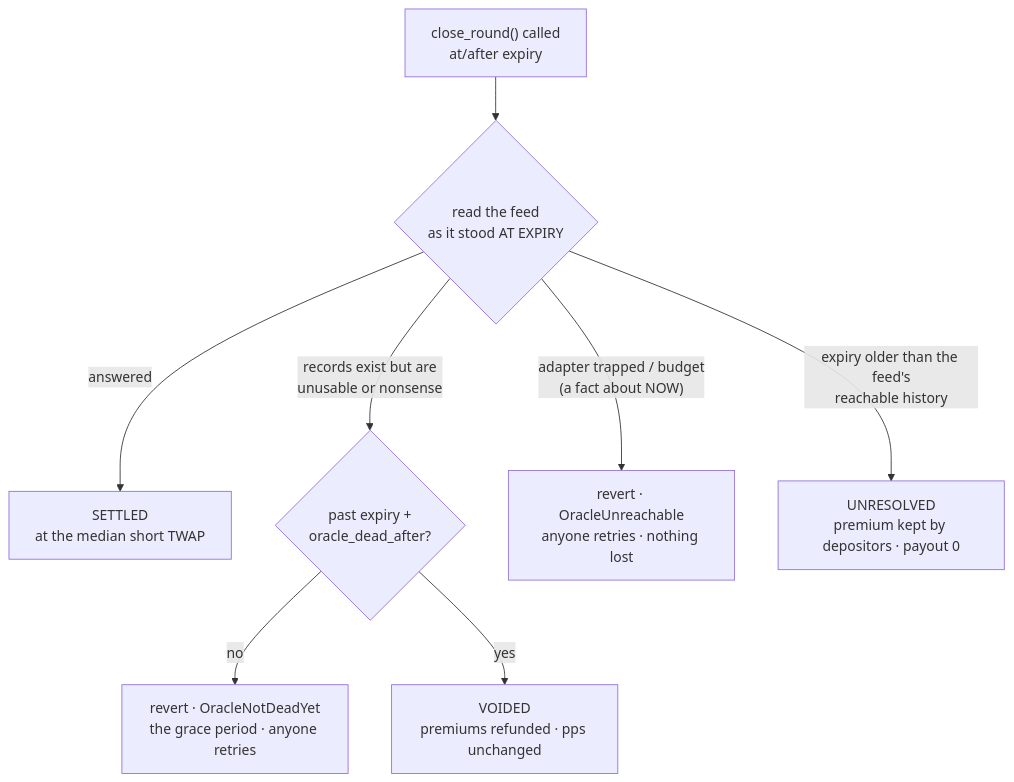
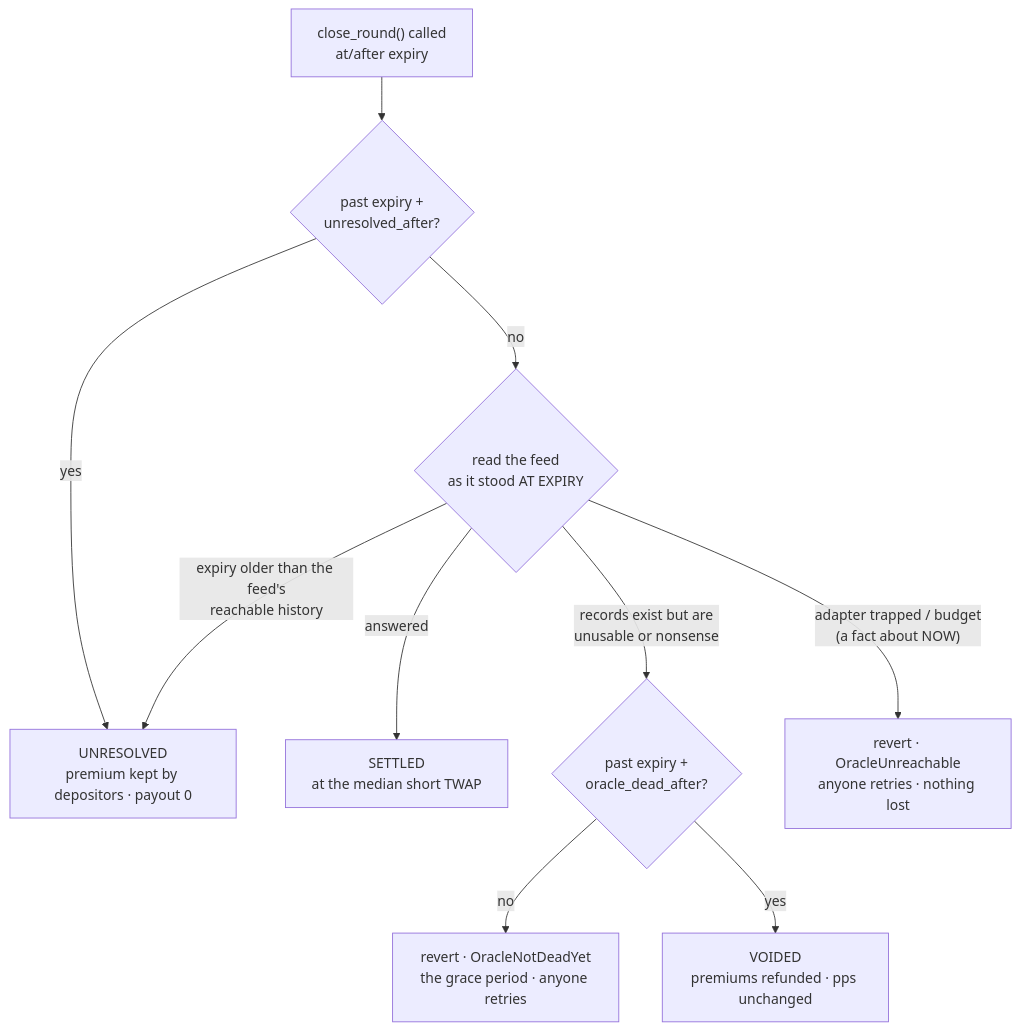
Before and after one commit to tamerrarda/Antares: the second of 2 diagrams in docs/ARCHITECTURE.md, drawn with Mermaid. The commit also changed other lines of this file and 6 other files, not shown here.

````diff
--- a/docs/ARCHITECTURE.md
+++ b/docs/ARCHITECTURE.md
@@ -263,10 +265,12 @@
 ```mermaid
 flowchart TD
-    A["close_round() called<br/>at/after expiry"] --> B{"read the feed<br/>as it stood AT EXPIRY"}
+    A["close_round() called<br/>at/after expiry"] --> T{"past expiry +<br/>unresolved_after?"}
+    T -- yes --> J["UNRESOLVED<br/>premium kept by depositors · payout 0"]
+    T -- no --> B{"read the feed<br/>as it stood AT EXPIRY"}
     B -- "answered" --> F["SETTLED<br/>at the median short TWAP"]
     B -- "records exist but are<br/>unusable or nonsense" --> G{"past expiry +<br/>oracle_dead_after?"}
     B -- "adapter trapped / budget<br/>(a fact about NOW)" --> H["revert · OracleUnreachable<br/>anyone retries · nothing lost"]
-    B -- "expiry older than the feed's<br/>reachable history" --> J["UNRESOLVED<br/>premium kept by depositors · payout 0"]
+    B -- "expiry older than the feed's<br/>reachable history" --> J
     G -- no --> K["revert · OracleNotDeadYet<br/>the grace period · anyone retries"]
     G -- yes --> I["VOIDED<br/>premiums refunded · pps unchanged"]
 ```
````
